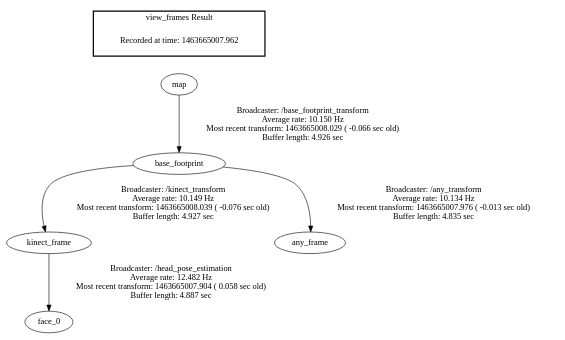
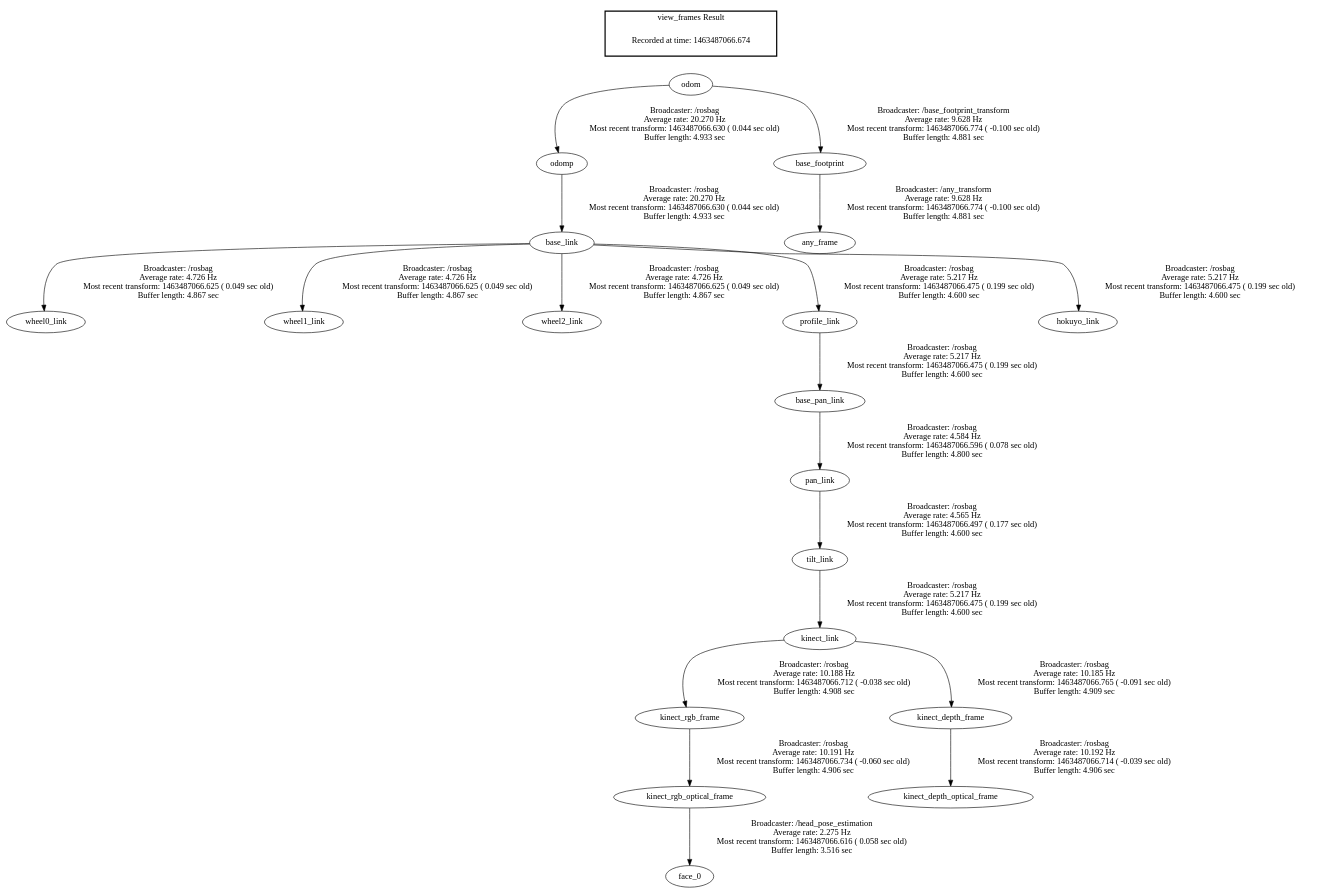
The diagram in main/scenarios/frames.gv (weinitom/robot), drawn with Graphviz before and after one commit. The commit also changed 6 other files, not shown here.

```diff
--- a/main/scenarios/frames.gv
+++ b/main/scenarios/frames.gv
@@ -1,10 +1,24 @@
 digraph G {
-"map" -> "base_footprint"[label="Broadcaster: /base_footprint_transform\nAverage rate: 10.150 Hz\nMost recent transform: 1463665008.029 ( -0.066 sec old)\nBuffer length: 4.926 sec\n"];
-"base_footprint" -> "kinect_frame"[label="Broadcaster: /kinect_transform\nAverage rate: 10.149 Hz\nMost recent transform: 1463665008.039 ( -0.076 sec old)\nBuffer length: 4.927 sec\n"];
-"kinect_frame" -> "face_0"[label="Broadcaster: /head_pose_estimation\nAverage rate: 12.482 Hz\nMost recent transform: 1463665007.904 ( 0.058 sec old)\nBuffer length: 4.887 sec\n"];
-"base_footprint" -> "any_frame"[label="Broadcaster: /any_transform\nAverage rate: 10.134 Hz\nMost recent transform: 1463665007.976 ( -0.013 sec old)\nBuffer length: 4.835 sec\n"];
+"odom" -> "odomp"[label="Broadcaster: /rosbag\nAverage rate: 20.270 Hz\nMost recent transform: 1463487066.630 ( 0.044 sec old)\nBuffer length: 4.933 sec\n"];
+"odomp" -> "base_link"[label="Broadcaster: /rosbag\nAverage rate: 20.270 Hz\nMost recent transform: 1463487066.630 ( 0.044 sec old)\nBuffer length: 4.933 sec\n"];
+"kinect_link" -> "kinect_rgb_frame"[label="Broadcaster: /rosbag\nAverage rate: 10.188 Hz\nMost recent transform: 1463487066.712 ( -0.038 sec old)\nBuffer length: 4.908 sec\n"];
+"tilt_link" -> "kinect_link"[label="Broadcaster: /rosbag\nAverage rate: 5.217 Hz\nMost recent transform: 1463487066.475 ( 0.199 sec old)\nBuffer length: 4.600 sec\n"];
+"kinect_depth_frame" -> "kinect_depth_optical_frame"[label="Broadcaster: /rosbag\nAverage rate: 10.192 Hz\nMost recent transform: 1463487066.714 ( -0.039 sec old)\nBuffer length: 4.906 sec\n"];
+"kinect_link" -> "kinect_depth_frame"[label="Broadcaster: /rosbag\nAverage rate: 10.185 Hz\nMost recent transform: 1463487066.765 ( -0.091 sec old)\nBuffer length: 4.909 sec\n"];
+"kinect_rgb_frame" -> "kinect_rgb_optical_frame"[label="Broadcaster: /rosbag\nAverage rate: 10.191 Hz\nMost recent transform: 1463487066.734 ( -0.060 sec old)\nBuffer length: 4.906 sec\n"];
+"base_link" -> "wheel0_link"[label="Broadcaster: /rosbag\nAverage rate: 4.726 Hz\nMost recent transform: 1463487066.625 ( 0.049 sec old)\nBuffer length: 4.867 sec\n"];
+"base_link" -> "wheel1_link"[label="Broadcaster: /rosbag\nAverage rate: 4.726 Hz\nMost recent transform: 1463487066.625 ( 0.049 sec old)\nBuffer length: 4.867 sec\n"];
+"base_link" -> "wheel2_link"[label="Broadcaster: /rosbag\nAverage rate: 4.726 Hz\nMost recent transform: 1463487066.625 ( 0.049 sec old)\nBuffer length: 4.867 sec\n"];
+"odom" -> "base_footprint"[label="Broadcaster: /base_footprint_transform\nAverage rate: 9.628 Hz\nMost recent transform: 1463487066.774 ( -0.100 sec old)\nBuffer length: 4.881 sec\n"];
+"base_footprint" -> "any_frame"[label="Broadcaster: /any_transform\nAverage rate: 9.628 Hz\nMost recent transform: 1463487066.774 ( -0.100 sec old)\nBuffer length: 4.881 sec\n"];
+"base_pan_link" -> "pan_link"[label="Broadcaster: /rosbag\nAverage rate: 4.584 Hz\nMost recent transform: 1463487066.596 ( 0.078 sec old)\nBuffer length: 4.800 sec\n"];
+"profile_link" -> "base_pan_link"[label="Broadcaster: /rosbag\nAverage rate: 5.217 Hz\nMost recent transform: 1463487066.475 ( 0.199 sec old)\nBuffer length: 4.600 sec\n"];
+"base_link" -> "profile_link"[label="Broadcaster: /rosbag\nAverage rate: 5.217 Hz\nMost recent transform: 1463487066.475 ( 0.199 sec old)\nBuffer length: 4.600 sec\n"];
+"base_link" -> "hokuyo_link"[label="Broadcaster: /rosbag\nAverage rate: 5.217 Hz\nMost recent transform: 1463487066.475 ( 0.199 sec old)\nBuffer length: 4.600 sec\n"];
+"pan_link" -> "tilt_link"[label="Broadcaster: /rosbag\nAverage rate: 4.565 Hz\nMost recent transform: 1463487066.497 ( 0.177 sec old)\nBuffer length: 4.600 sec\n"];
+"kinect_rgb_optical_frame" -> "face_0"[label="Broadcaster: /head_pose_estimation\nAverage rate: 2.275 Hz\nMost recent transform: 1463487066.616 ( 0.058 sec old)\nBuffer length: 3.516 sec\n"];
 edge [style=invis];
  subgraph cluster_legend { style=bold; color=black; label ="view_frames Result";
-"Recorded at time: 1463665007.962"[ shape=plaintext ] ;
- }->"map";
+"Recorded at time: 1463487066.674"[ shape=plaintext ] ;
+ }->"odom";
 }
```
